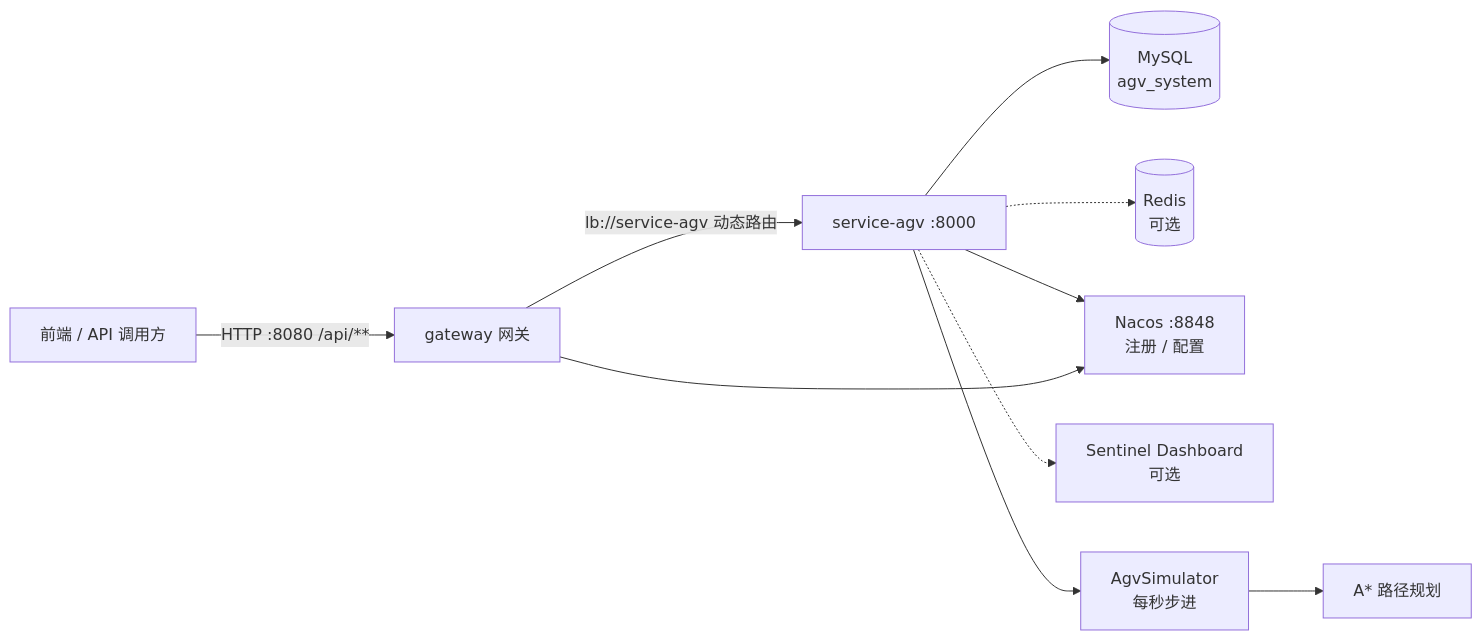
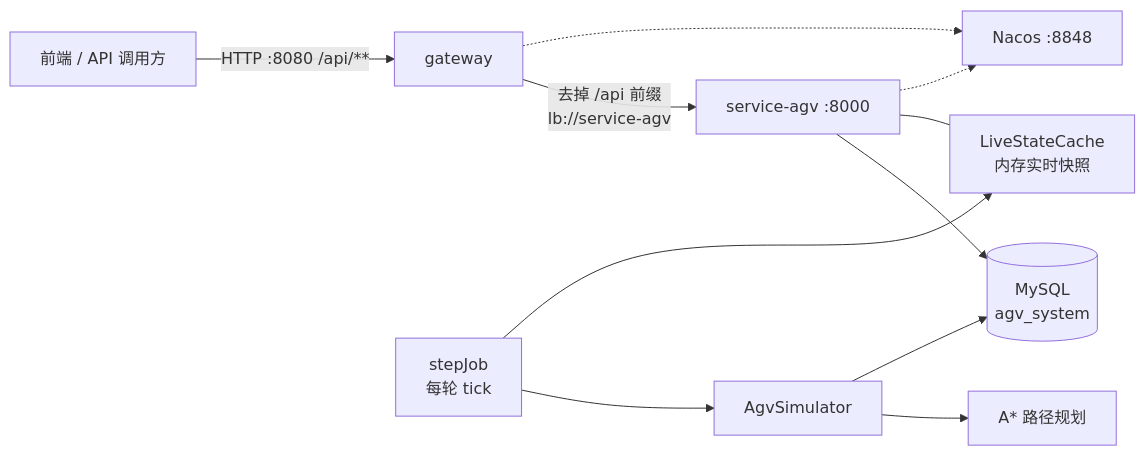
One commit to lizhi-03/agv-system changed the first of 2 diagrams in README.md. Above: the diagram before and after it, drawn with Mermaid. The commit also changed other lines of this file, not shown here.

````diff
--- a/README.md
+++ b/README.md
@@ -108,12 +64,13 @@
 ```mermaid
 flowchart LR
-    Client[前端 / API 调用方] -->|HTTP :8080 /api/**| GW[gateway 网关]
-    GW -->|lb://service-agv 动态路由| SVC[service-agv :8000]
+    FE[前端 / API 调用方] -->|HTTP :8080 /api/**| GW[gateway]
+    GW -->|去掉 /api 前缀<br/>lb://service-agv| SVC[service-agv :8000]
     SVC --> DB[(MySQL<br/>agv_system)]
-    SVC -.-> Redis[(Redis<br/>可选)]
-    SVC --> Nacos[Nacos :8848<br/>注册 / 配置]
-    GW --> Nacos
-    SVC -.-> Sentinel[Sentinel Dashboard<br/>可选]
-    SVC --> Sim[AgvSimulator<br/>每秒步进]
+    SVC --- Cache[LiveStateCache<br/>内存实时快照]
+    Job[stepJob<br/>每轮 tick] --> Sim[AgvSimulator]
     Sim --> AStar[A* 路径规划]
+    Sim --> DB
+    Job --> Cache
+    GW -.-> Nacos[Nacos :8848]
+    SVC -.-> Nacos
 ```
````
